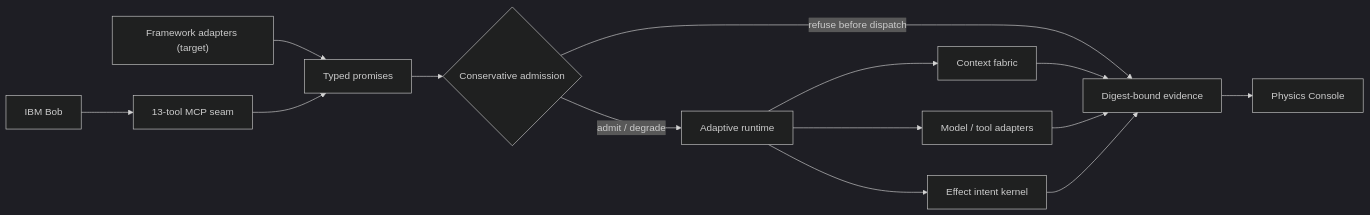
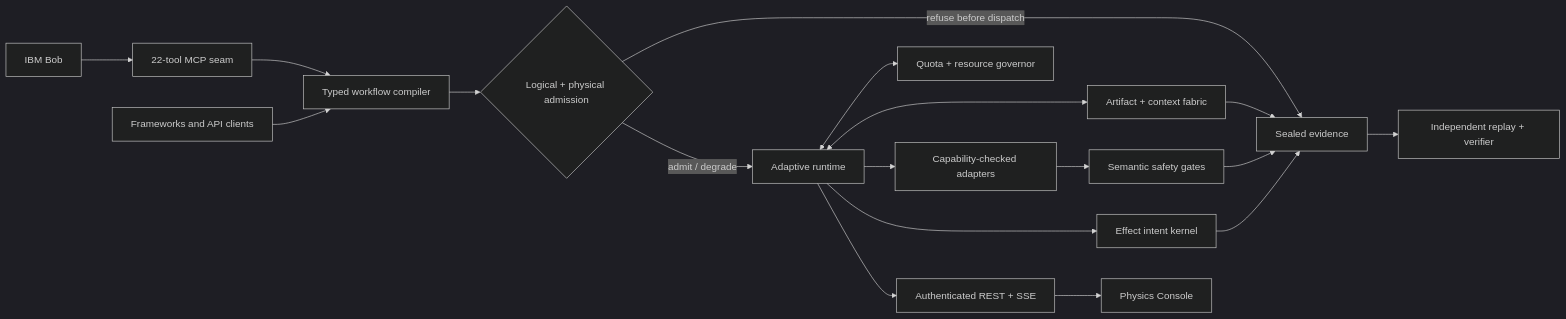
The diagram in README.md (marcpoliquin5/finite-agent-physics), drawn with Mermaid (dark theme) before and after one commit. The commit also changed other lines of this file and 90 other files, not shown here.

````diff
--- a/README.md
+++ b/README.md
@@ -63,16 +41,20 @@
 ```mermaid
 flowchart LR
-    Bob["IBM Bob"] --> MCP["13-tool MCP seam"]
-    Frameworks["Framework adapters (target)"] --> Contracts["Typed promises"]
-    MCP --> Contracts
-    Contracts --> Admit{"Conservative admission"}
-    Admit -->|"refuse before dispatch"| Evidence["Digest-bound evidence"]
+    Bob["IBM Bob"] --> MCP["22-tool MCP seam"]
+    Clients["Frameworks and API clients"] --> Compiler["Typed workflow compiler"]
+    MCP --> Compiler
+    Compiler --> Admit{"Logical + physical admission"}
+    Admit -->|"refuse before dispatch"| Evidence["Sealed evidence"]
     Admit -->|"admit / degrade"| Runtime["Adaptive runtime"]
-    Runtime --> Context["Context fabric"]
-    Runtime --> Workers["Model / tool adapters"]
+    Runtime <--> Governor["Quota + resource governor"]
+    Runtime <--> Context["Artifact + context fabric"]
+    Runtime --> Adapters["Capability-checked adapters"]
     Runtime --> Effects["Effect intent kernel"]
+    Adapters --> Safety["Semantic safety gates"]
     Context --> Evidence
-    Workers --> Evidence
     Effects --> Evidence
-    Evidence --> Console["Physics Console"]
+    Safety --> Evidence
+    Evidence --> Verify["Independent replay + verifier"]
+    Runtime --> API["Authenticated REST + SSE"]
+    API --> Console["Physics Console"]
 ```
````
